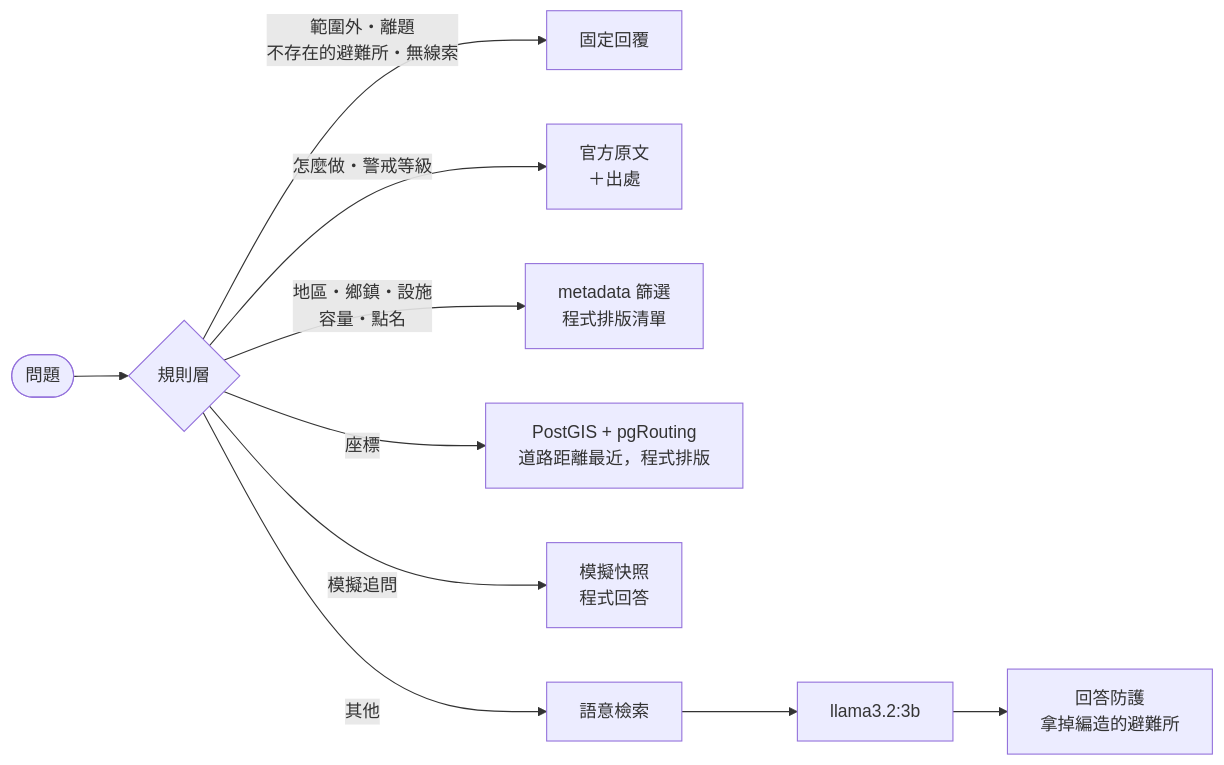
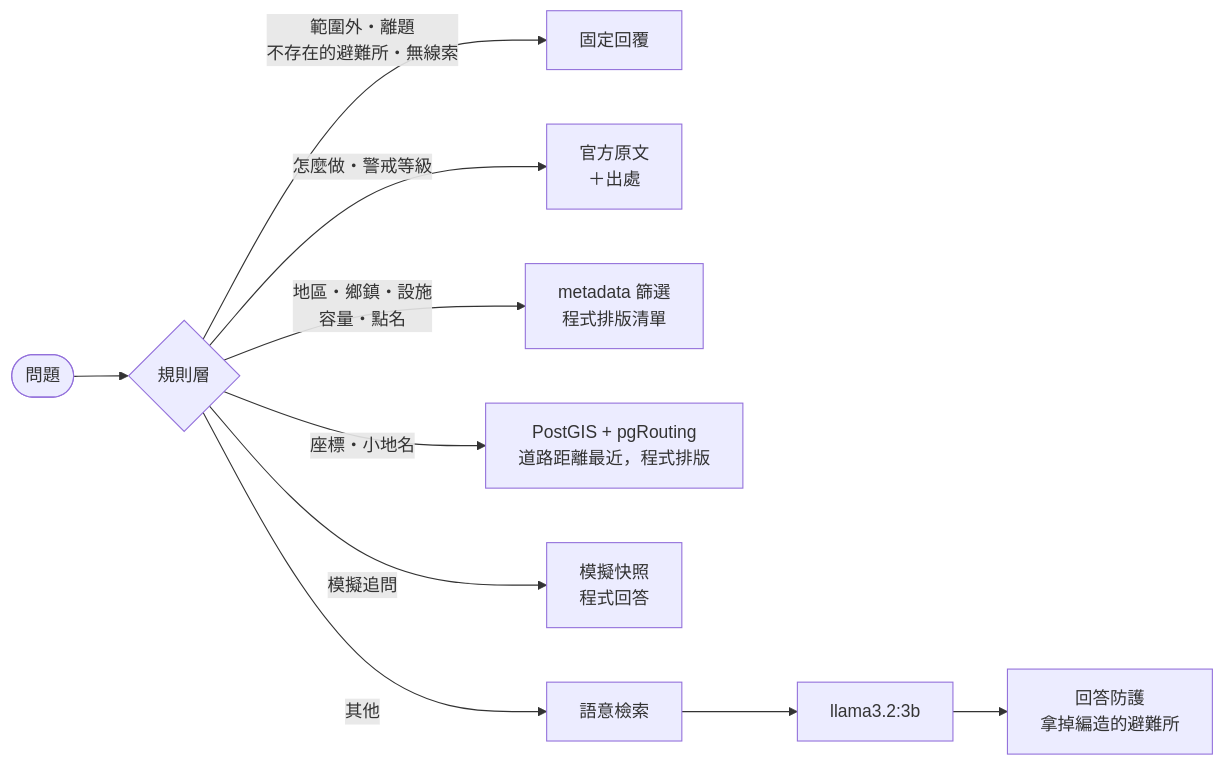
One commit to sleepomen/DisasterHub changed the second of 2 diagrams in README.md. Above: the diagram before and after it, drawn with Mermaid. The commit also changed other lines of this file and 8 other files, not shown here.

````diff
--- a/README.md
+++ b/README.md
@@ -185,12 +187,12 @@
 ```mermaid
 flowchart LR
     Q([問題]) --> R{規則層}
     R -- "範圍外・離題<br/>不存在的避難所・無線索" --> F[固定回覆]
     R -- "怎麼做・警戒等級" --> K[官方原文<br/>＋出處]
     R -- "地區・鄉鎮・設施<br/>容量・點名" --> D[metadata 篩選<br/>程式排版清單]
-    R -- "座標" --> N[PostGIS + pgRouting<br/>道路距離最近，程式排版]
+    R -- "座標・小地名" --> N[PostGIS + pgRouting<br/>道路距離最近，程式排版]
     R -- "模擬追問" --> S[模擬快照<br/>程式回答]
     R -- "其他" --> V[語意檢索]
     V --> L[llama3.2:3b]
     L --> G[回答防護<br/>拿掉編造的避難所]
 ```
````
